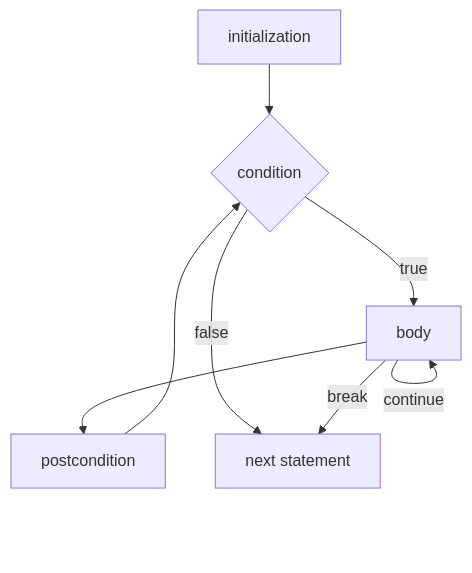
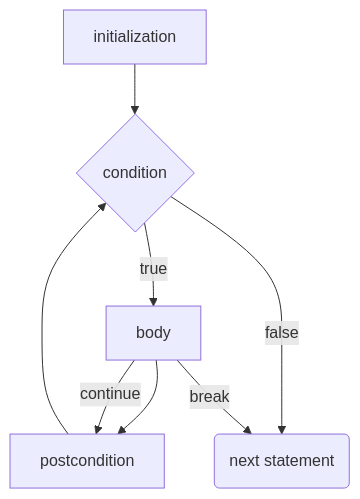
Before and after one commit to Allen-B1/java-lessons: the fifth of 5 diagrams in C2.md, drawn with Mermaid. The commit also changed other lines of this file and 5 other files, not shown here.

Commit message:
Fix loop diagrams

````diff
--- a/C2.md
+++ b/C2.md
@@ -75,10 +75,10 @@
 ```mermaid
 graph TD
 init[initialization] --> cond{condition}
 cond --> |true| body
 body --> post[postcondition]
 post --> cond
-cond --> |false| next["next statement"]
+cond --> |false| next("next statement")
 body --> |break| next
-body --> |continue| body
+body --> |continue| post
 ```
````
